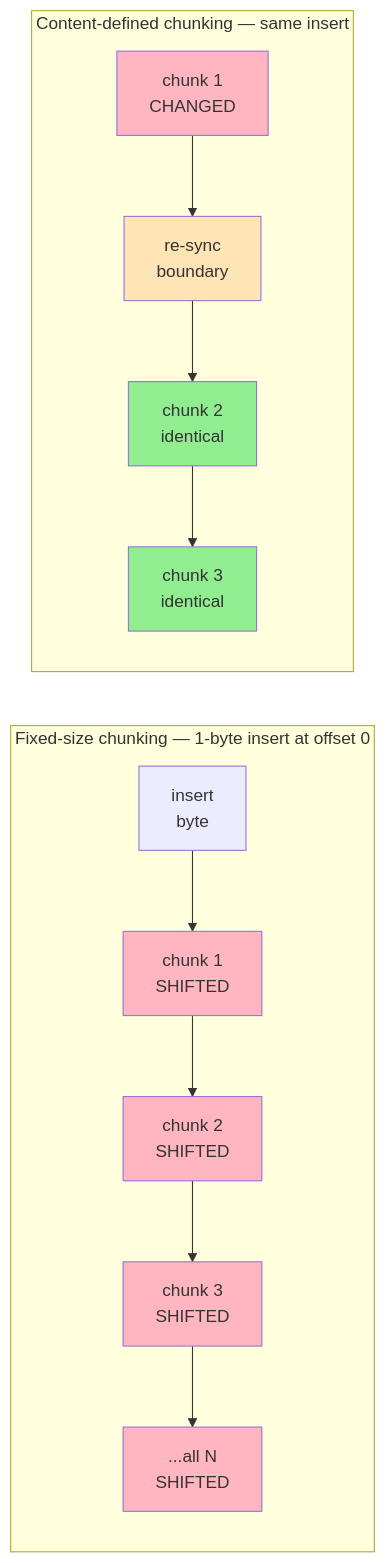
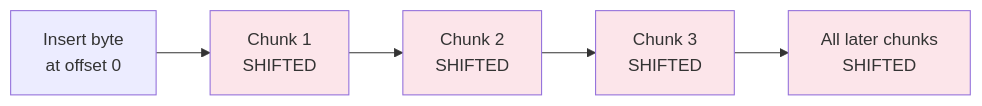
The fifth of 8 diagrams in LLD/questions/Design Dropbox.md (cartmancodes/InterviewVault), drawn with Mermaid before and after one commit. The commit also changed other lines of this file and 679 other files, not shown here.

Commit message:
Unify content diagrams and add accessible visual walkthroughs

````diff
--- a/LLD/questions/Design Dropbox.md
+++ b/LLD/questions/Design Dropbox.md
@@ -374,24 +376,11 @@
 ```mermaid
 graph LR
-    subgraph "Fixed-size chunking — 1-byte insert at offset 0"
-        F0["insert<br/>byte"] --> F1["chunk 1<br/>SHIFTED"]
-        F1 --> F2["chunk 2<br/>SHIFTED"]
-        F2 --> F3["chunk 3<br/>SHIFTED"]
-        F3 --> F4["...all N<br/>SHIFTED"]
-    end
-
-    subgraph "Content-defined chunking — same insert"
-        C1["chunk 1<br/>CHANGED"] --> C2["re-sync<br/>boundary"]
-        C2 --> C3["chunk 2<br/>identical"]
-        C3 --> C4["chunk 3<br/>identical"]
-    end
-
-    style F1 fill:#FFB6C1
-    style F2 fill:#FFB6C1
-    style F3 fill:#FFB6C1
-    style F4 fill:#FFB6C1
-    style C1 fill:#FFB6C1
-    style C2 fill:#FFE4B5
-    style C3 fill:#90EE90
-    style C4 fill:#90EE90
+    F0["Insert byte<br/>at offset 0"] --> F1["Chunk 1<br/>SHIFTED"]
+    F1 --> F2["Chunk 2<br/>SHIFTED"]
+    F2 --> F3["Chunk 3<br/>SHIFTED"]
+    F3 --> F4["All later chunks<br/>SHIFTED"]
+    style F1 fill:#FCE5EA
+    style F2 fill:#FCE5EA
+    style F3 fill:#FCE5EA
+    style F4 fill:#FCE5EA
 ```
````
